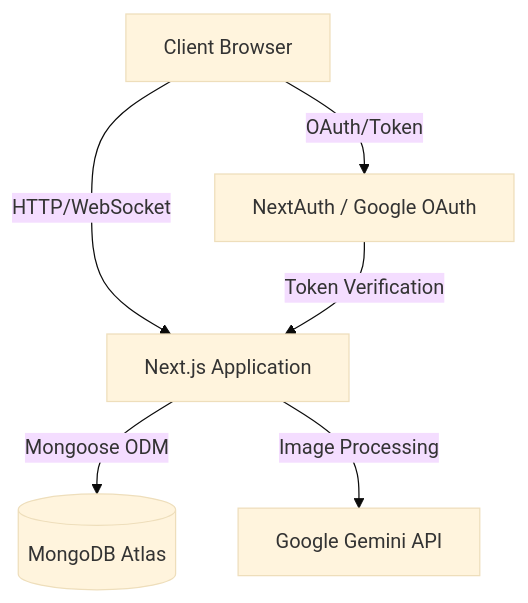
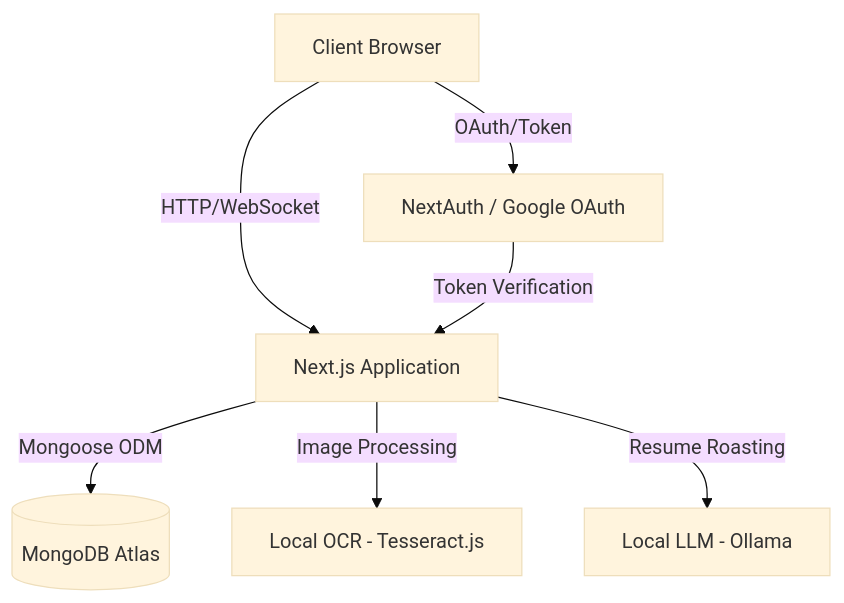
Before and after one commit to tanushbhootra576/Grid: the diagram in README.md, drawn with Mermaid (base theme). The commit also changed other lines of this file and 2 other files, not shown here.

Commit message:
Configure Tesseract cache for Vercel deployment, update README docs for local AI architecture

````diff
--- a/README.md
+++ b/README.md
@@ -9,14 +9,16 @@
 ```mermaid
 graph TD
     Client[Client Browser]
     NextJS[Next.js Application]
     Auth[NextAuth / Google OAuth]
     DB[(MongoDB Atlas)]
-    Gemini[Google Gemini API]
+    Tesseract[Local OCR - Tesseract.js]
+    Ollama[Local LLM - Ollama]
 
     Client -->|HTTP/WebSocket| NextJS
     Client -->|OAuth/Token| Auth
     NextJS -->|Mongoose ODM| DB
-    NextJS -->|Image Processing| Gemini
+    NextJS -->|Image Processing| Tesseract
+    NextJS -->|Resume Roasting| Ollama
     Auth -->|Token Verification| NextJS
 ```
````
